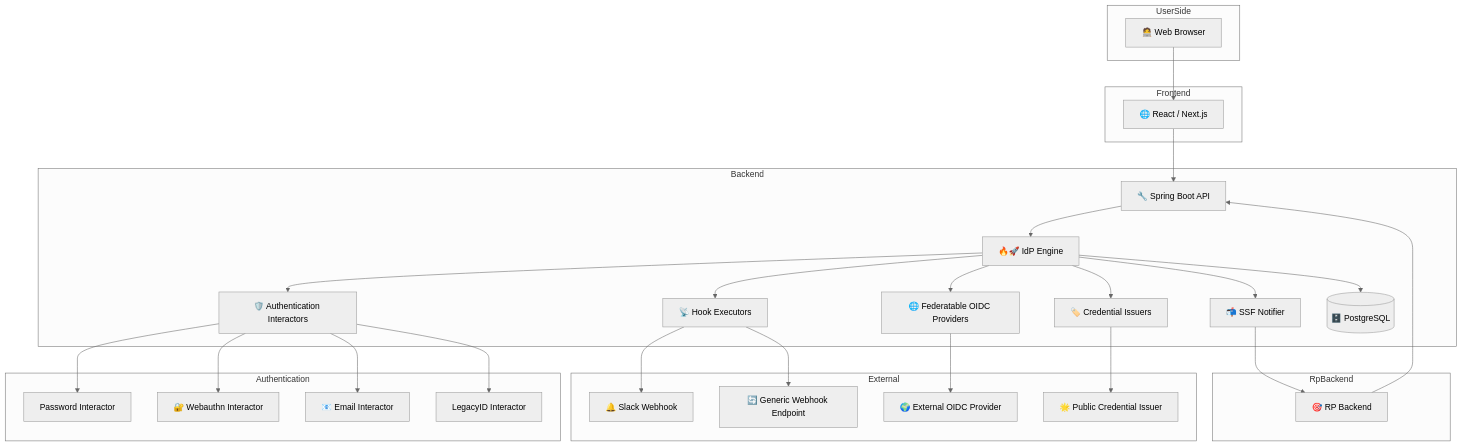
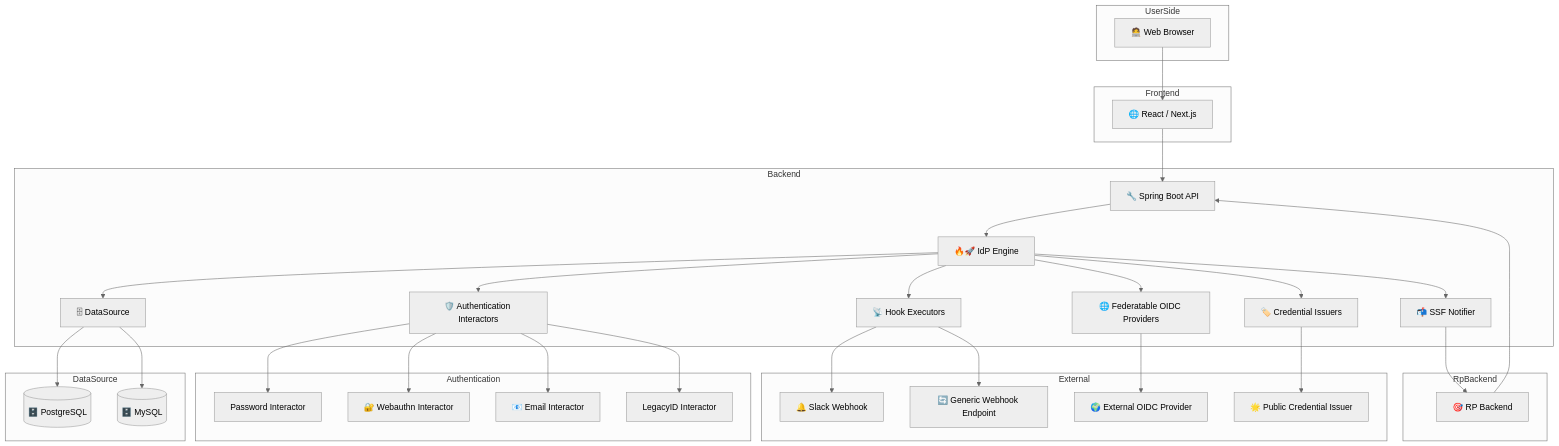
One commit to hirokazu-kobayashi-koba-hiro/idp-server changed the diagram in README.md. Above: the diagram before and after it, drawn with Mermaid (neutral theme).

Commit message:
update diagram for architecture

````diff
--- a/README.md
+++ b/README.md
@@ -22,63 +22,71 @@
 ```mermaid
 graph TD
 subgraph UserSide
 browser[🧑‍💻 Web Browser]
 end
 
 subgraph Frontend
 frontend[🌐 React / Next.js]
 end
 
 subgraph RpBackend
 rp-backend[🎯 RP Backend]
 end
 
 subgraph Backend
 backend[🔧 Spring Boot API]
 idp-engine[🔥🚀 IdP Engine]
 hook[📡 Hook Executors]
 authentication[🛡️ Authentication Interactors]
 credential-issuers[🏷️ Credential Issuers]
 federatable-oidc-providers[🌐 Federatable OIDC Providers]
 ssf[📬 SSF Notifier]
-db[(🗄️ PostgreSQL)]
+datasource[🗄 DataSource]
 end
 
 subgraph External
 slack[🔔 Slack Webhook]
 webhook[🔄 Generic Webhook Endpoint]
 oidc[🌍 External OIDC Provider]
 credential-issuer[🌟 Public Credential Issuer]
 end
 
 browser --> frontend
 frontend --> backend
 rp-backend --> backend
 backend --> idp-engine
 
-idp-engine --> db
+idp-engine --> datasource
 idp-engine --> hook
 idp-engine --> authentication
 idp-engine --> credential-issuers
 idp-engine --> federatable-oidc-providers
 idp-engine --> ssf
 
 hook --> slack
 hook --> webhook
 credential-issuers --> credential-issuer
 federatable-oidc-providers --> oidc
 ssf --> rp-backend
 
 subgraph Authentication
 password[Password Interactor]
 webauthn[🔐 Webauthn Interactor]
 email[📧 Email Interactor]
 legacy[LegacyID Interactor]
 end
 
 authentication --> password
 authentication --> webauthn
 authentication --> email
 authentication --> legacy
 
+subgraph DataSource
+postgresql[(🗄️ PostgreSQL)]
+mysql[(🗄️ MySQL)]
+end
+
+datasource --> postgresql
+datasource --> mysql
+
 ```
````
